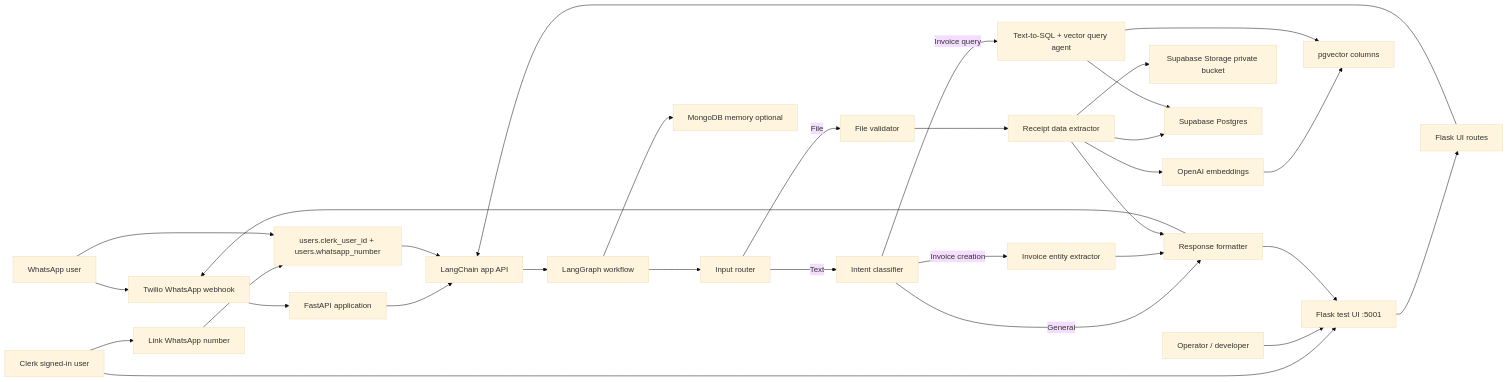
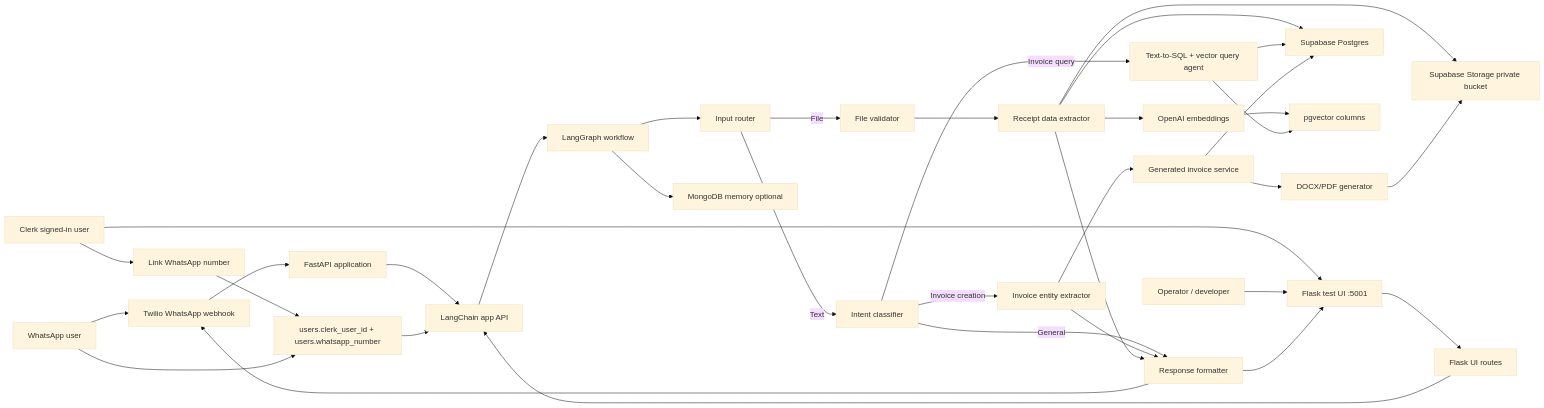
Before and after one commit to Abby263/whatsapp-invoice-assistant: the first of 2 diagrams in README.md, drawn with Mermaid (base theme). The commit also changed other lines of this file and 16 other files, not shown here.

Commit message:
add generated invoice workflow

````diff
--- a/README.md
+++ b/README.md
@@ -53,39 +55,43 @@
 ```mermaid
 flowchart LR
     W["WhatsApp user"] --> T["Twilio WhatsApp webhook"]
     C["Clerk signed-in user"] --> UI
     C --> LINK["Link WhatsApp number"]
     LINK --> UMAP["users.clerk_user_id + users.whatsapp_number"]
     W --> UMAP
     O["Operator / developer"] --> UI["Flask test UI :5001"]
 
     T --> API["FastAPI application"]
     UI --> UIF["Flask UI routes"]
     UIF --> LAPI["LangChain app API"]
     API --> LAPI
     UMAP --> LAPI
 
     LAPI --> WF["LangGraph workflow"]
     WF --> R["Input router"]
     R -->|Text| IC["Intent classifier"]
     R -->|File| FV["File validator"]
 
     IC -->|Invoice query| SQL["Text-to-SQL + vector query agent"]
     IC -->|Invoice creation| IE["Invoice entity extractor"]
     IC -->|General| RF["Response formatter"]
 
     FV --> DE["Receipt data extractor"]
     DE --> ST["Supabase Storage private bucket"]
     DE --> PG["Supabase Postgres"]
     DE --> EMB["OpenAI embeddings"]
     EMB --> VEC["pgvector columns"]
 
     SQL --> PG
     SQL --> VEC
+    IE --> GINV["Generated invoice service"]
+    GINV --> GT["DOCX/PDF generator"]
+    GT --> ST
+    GINV --> PG
     IE --> RF
     DE --> RF
     RF --> T
     RF --> UI
 
     WF --> MEM["MongoDB memory optional"]
 ```
````
